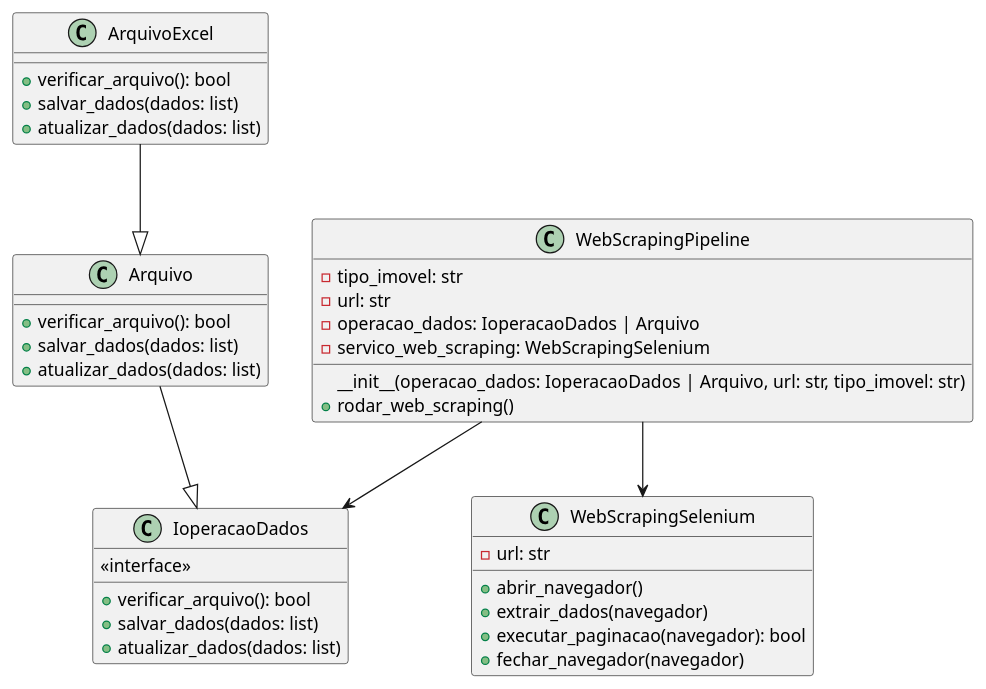
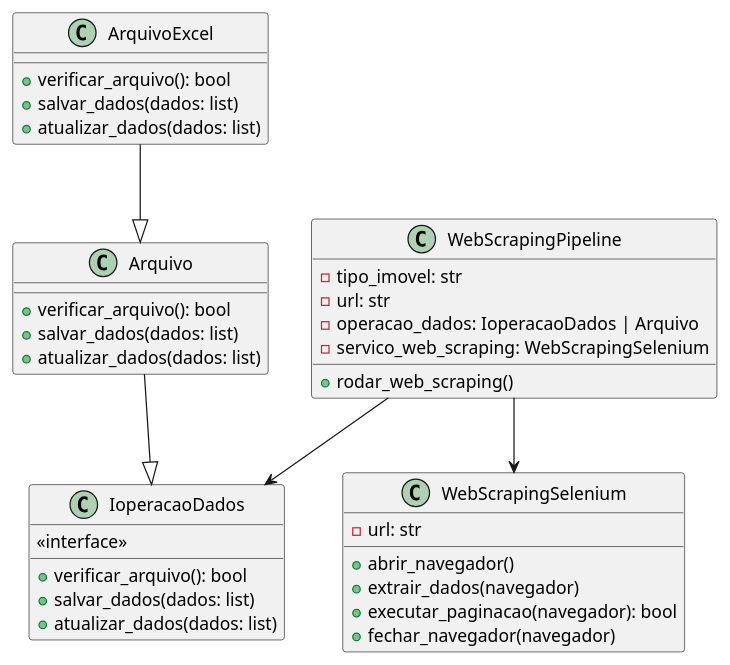
One commit to rodrigorocha1/web_scraping_casas changed the diagram in diagrama_de_clase.plantuml. Above: the diagram before and after it, drawn with PlantUML. The commit also changed 6 other files, not shown here.

```diff
--- a/diagrama_de_clase.plantuml
+++ b/diagrama_de_clase.plantuml
@@ -1,45 +1,44 @@
 @startuml
 
 class WebScrapingPipeline {
     -tipo_imovel: str
     -url: str
     -operacao_dados: IoperacaoDados | Arquivo
     -servico_web_scraping: WebScrapingSelenium
-    __init__(operacao_dados: IoperacaoDados | Arquivo, url: str, tipo_imovel: str)
     +rodar_web_scraping()
 }
 
 class IoperacaoDados {
     <<interface>>
     +verificar_arquivo(): bool
     +salvar_dados(dados: list)
     +atualizar_dados(dados: list)
 }
 
 class Arquivo {
     +verificar_arquivo(): bool
     +salvar_dados(dados: list)
     +atualizar_dados(dados: list)
 }
 
 class ArquivoExcel {
     +verificar_arquivo(): bool
     +salvar_dados(dados: list)
     +atualizar_dados(dados: list)
 }
 
 ArquivoExcel --|> Arquivo
 Arquivo --|> IoperacaoDados
 
 class WebScrapingSelenium {
     -url: str
     +abrir_navegador()
     +extrair_dados(navegador)
     +executar_paginacao(navegador): bool
     +fechar_navegador(navegador)
 }
 
 WebScrapingPipeline --> IoperacaoDados
 WebScrapingPipeline --> WebScrapingSelenium
 
 @enduml
```
